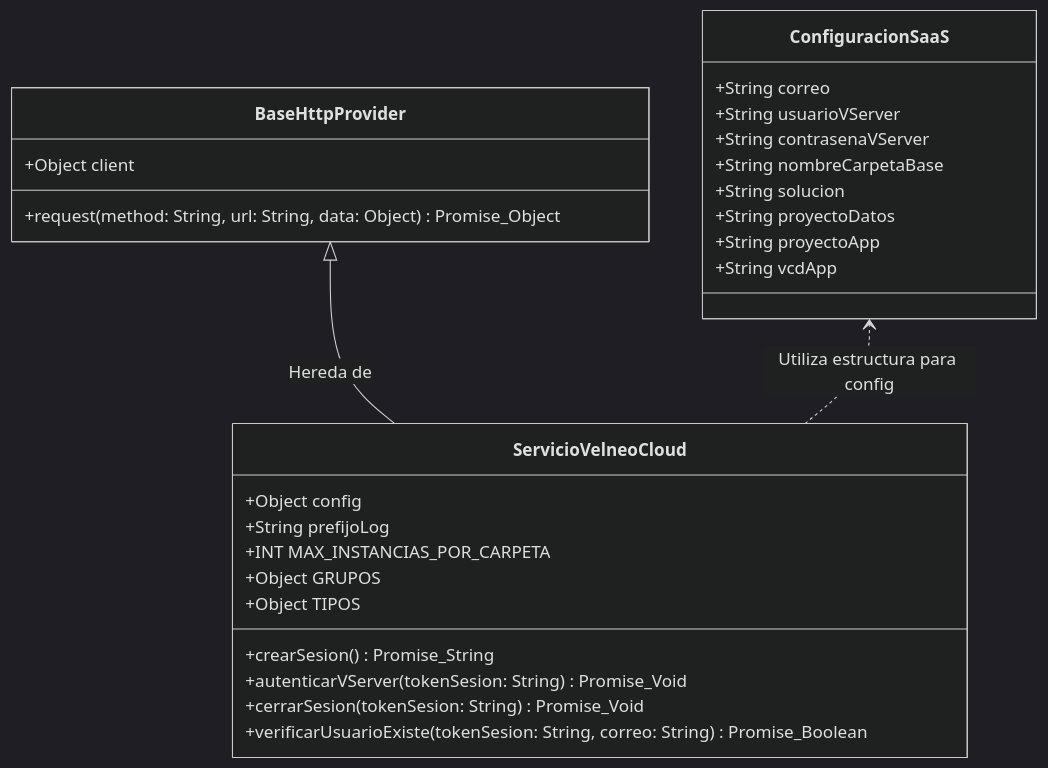
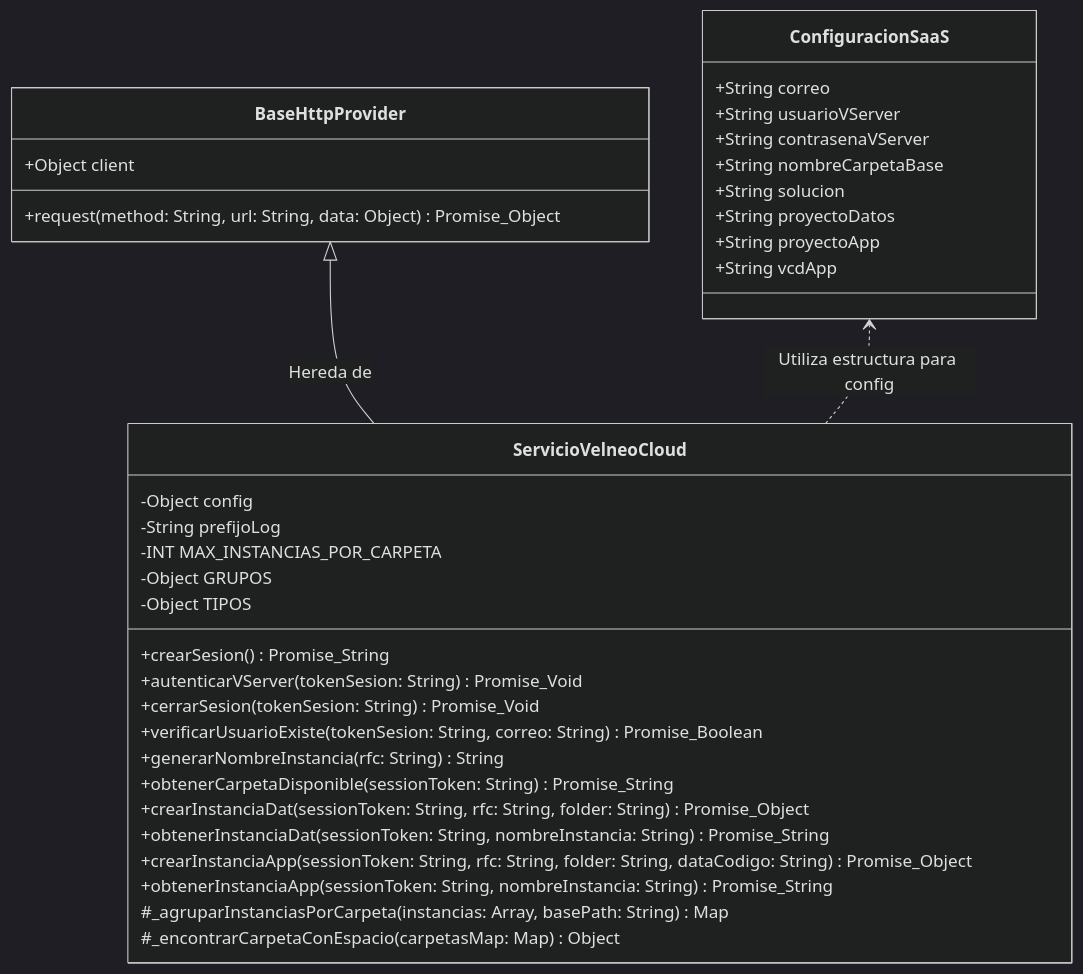
One commit to arturomiranda/ds-qs changed the third of 3 diagrams in web/servicios/velneo/velneo_servicio.md. Above: the diagram before and after it, drawn with Mermaid (dark theme). The commit also changed other lines of this file and 2 other files, not shown here.

````diff
--- a/web/servicios/velneo/velneo_servicio.md
+++ b/web/servicios/velneo/velneo_servicio.md
@@ -160,35 +355,43 @@
 ```mermaid
 classDiagram
     direction BT
 
     class BaseHttpProvider {
         +Object client
         +request(method: String, url: String, data: Object) Promise_Object
     }
 
     class ServicioVelneoCloud {
-        +Object config
-        +String prefijoLog
-        +INT MAX_INSTANCIAS_POR_CARPETA
-        +Object GRUPOS
-        +Object TIPOS
+        -Object config
+        -String prefijoLog
+        -INT MAX_INSTANCIAS_POR_CARPETA
+        -Object GRUPOS
+        -Object TIPOS
         +crearSesion() Promise_String
         +autenticarVServer(tokenSesion: String) Promise_Void
         +cerrarSesion(tokenSesion: String) Promise_Void
         +verificarUsuarioExiste(tokenSesion: String, correo: String) Promise_Boolean
+        +generarNombreInstancia(rfc: String) String
+        +obtenerCarpetaDisponible(sessionToken: String) Promise_String
+        +crearInstanciaDat(sessionToken: String, rfc: String, folder: String) Promise_Object
+        +obtenerInstanciaDat(sessionToken: String, nombreInstancia: String) Promise_String
+        +crearInstanciaApp(sessionToken: String, rfc: String, folder: String, dataCodigo: String) Promise_Object
+        +obtenerInstanciaApp(sessionToken: String, nombreInstancia: String) Promise_String
+        #_agruparInstanciasPorCarpeta(instancias: Array, basePath: String) Map
+        #_encontrarCarpetaConEspacio(carpetasMap: Map) Object
     }
 
     class ConfiguracionSaaS {
         +String correo
         +String usuarioVServer
         +String contrasenaVServer
         +String nombreCarpetaBase
         +String solucion
         +String proyectoDatos
         +String proyectoApp
         +String vcdApp
     }
 
     ServicioVelneoCloud --|> BaseHttpProvider : Hereda de
     ServicioVelneoCloud ..> ConfiguracionSaaS : Utiliza estructura para config
 ```
````
